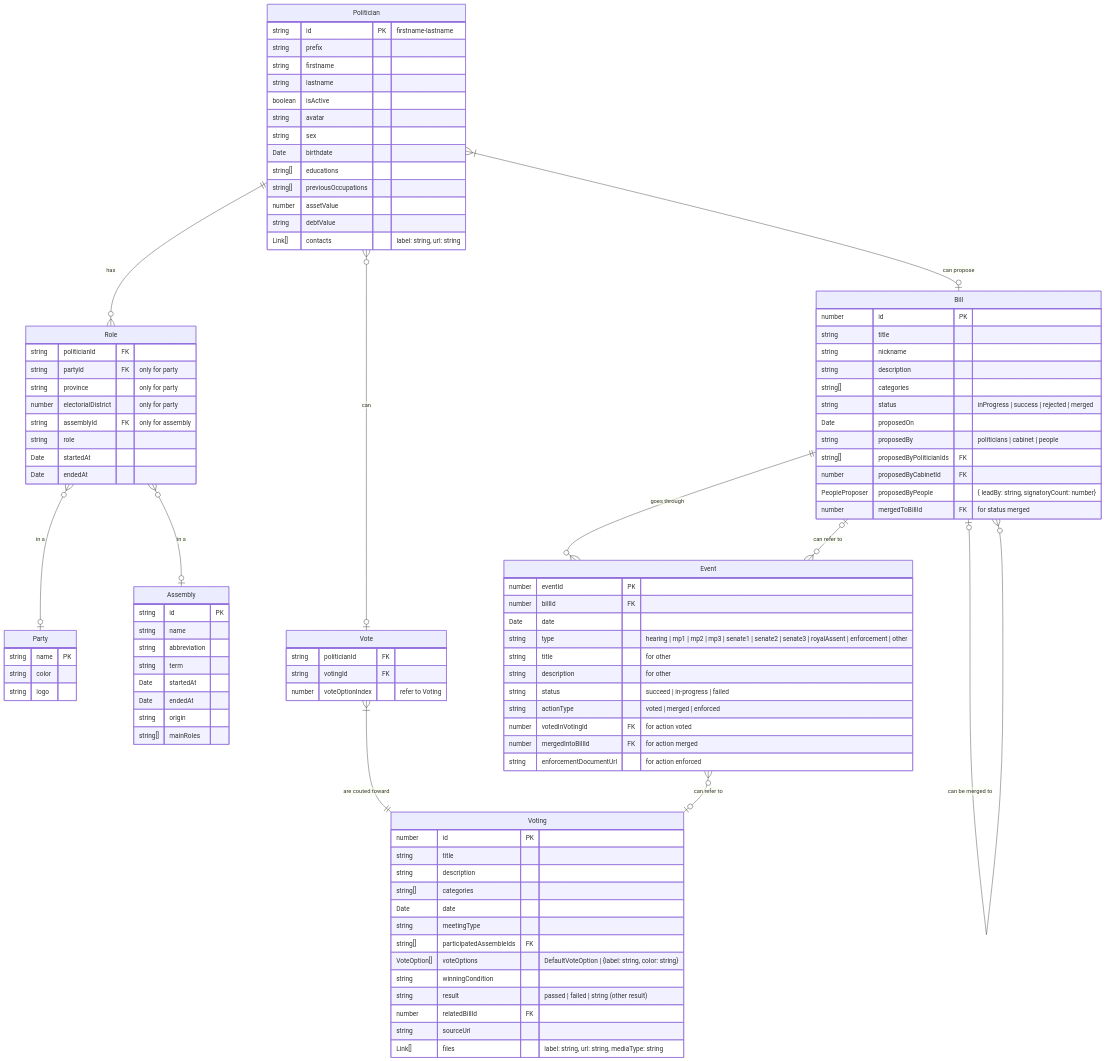
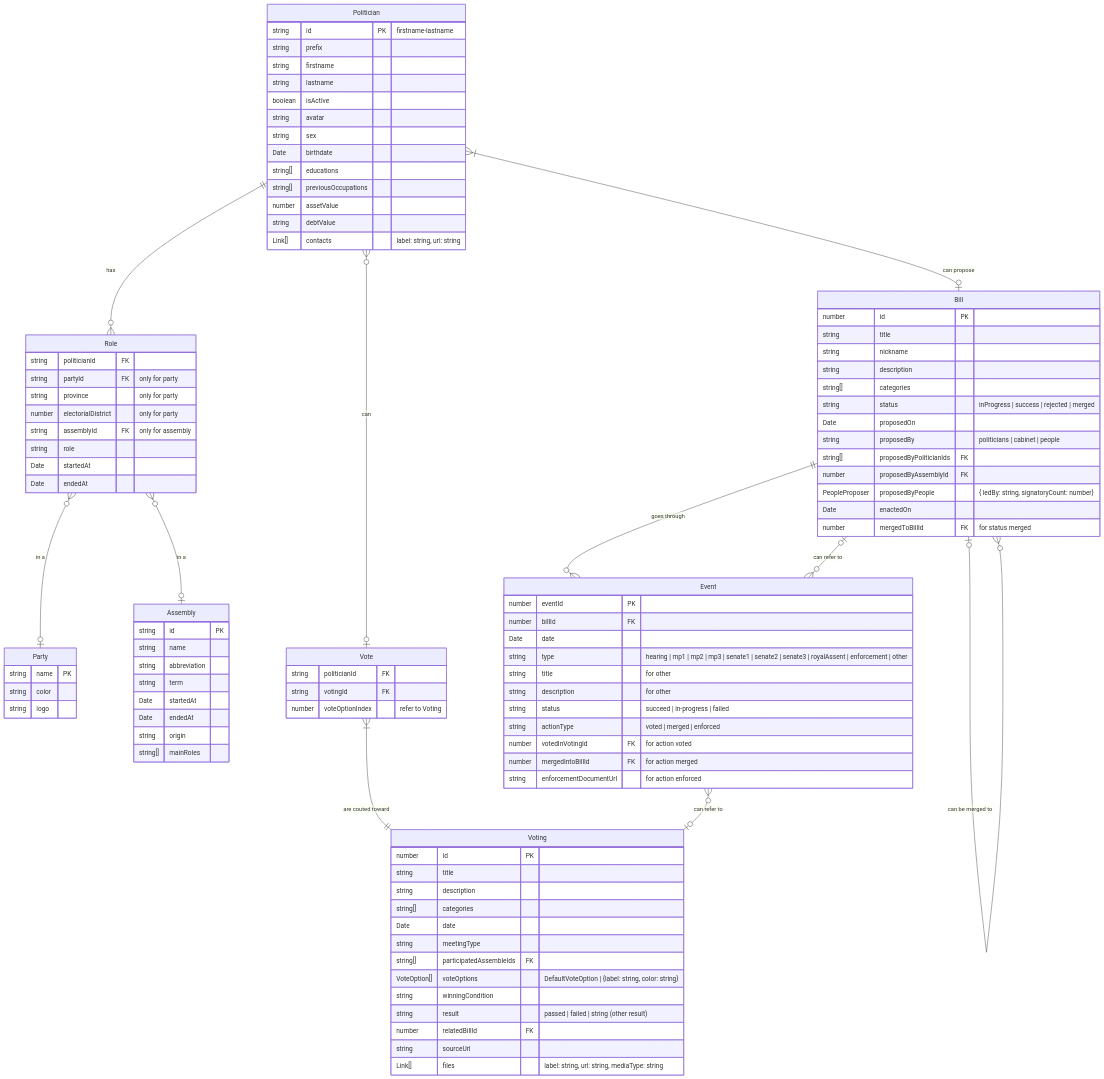
The diagram in src/models/README.md (wevisdemo/parliament-watch), drawn with Mermaid before and after one commit. The commit also changed 3 other files, not shown here.

Commit message:
feat(WEV-61): change to Bill.proposedByAssembly, add Bill.enactedOn, add mocked latest enacted bills

```diff
--- a/src/models/README.md
+++ b/src/models/README.md
@@ -67,8 +67,9 @@
     Date proposedOn
     string proposedBy "politicians | cabinet | people"
     string[] proposedByPoliticianIds FK
-    number proposedByCabinetId FK
-    PeopleProposer proposedByPeople "{ leadBy: string, signatoryCount: number}"
+    number proposedByAssemblyId FK
+    PeopleProposer proposedByPeople "{ ledBy: string, signatoryCount: number}"
+    Date enactedOn
     number mergedToBillId FK "for status merged"
   }
 
```
